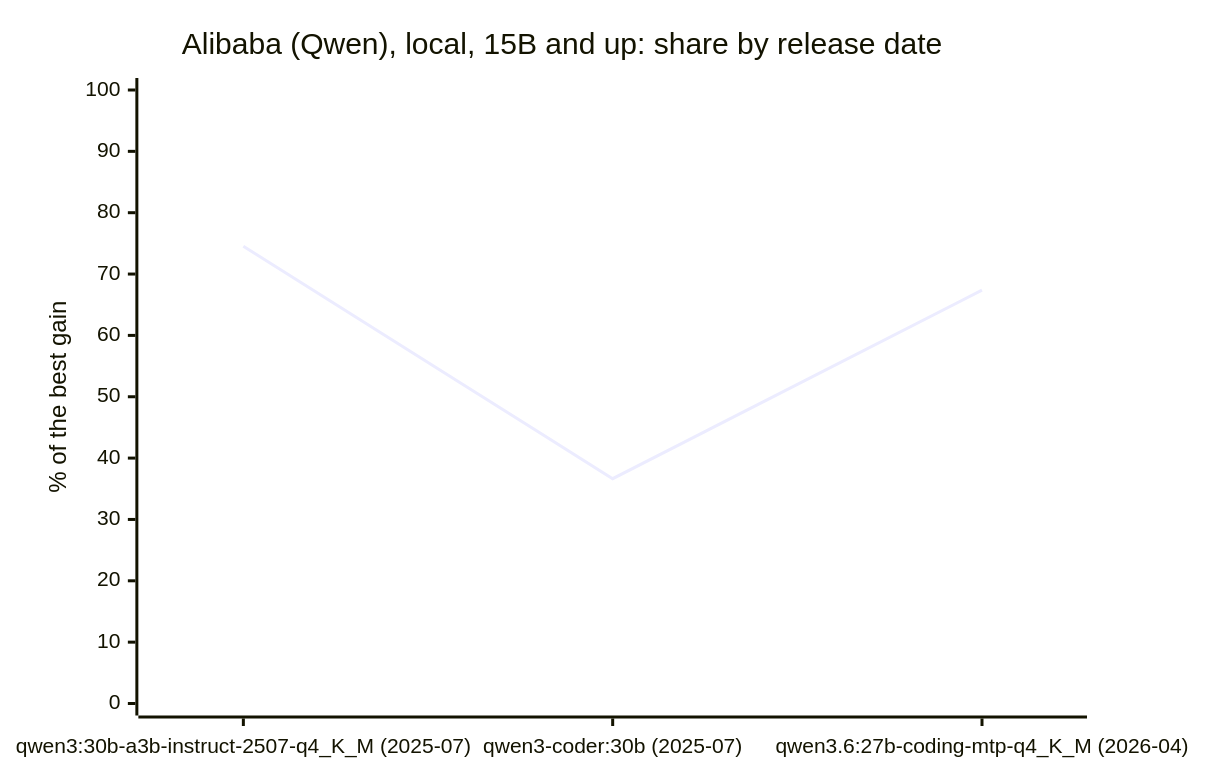
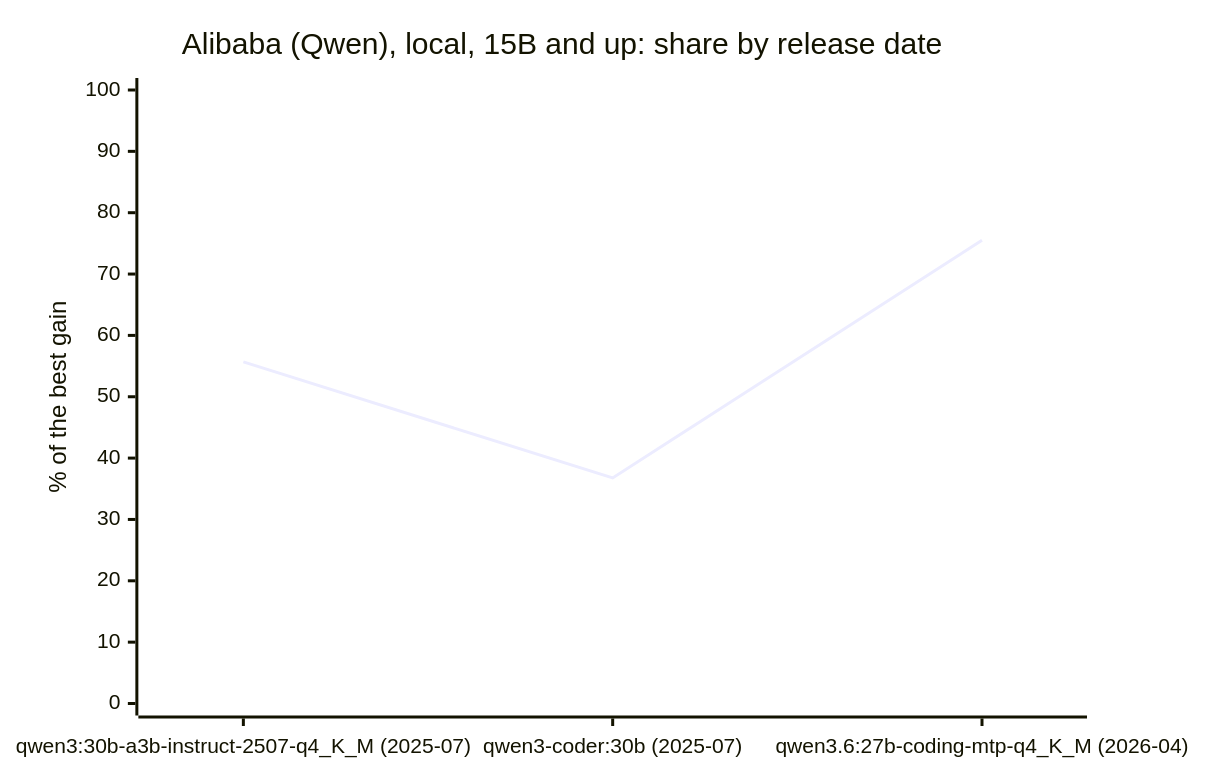
One commit to cklukas/OMEGA_TRANSFORM changed the diagram in docs/benchmarks/developers.md. Above: the diagram before and after it, drawn with Mermaid. The commit also changed other lines of this file and 291 other files, not shown here.

````diff
--- a/docs/benchmarks/developers.md
+++ b/docs/benchmarks/developers.md
@@ -94,7 +94,7 @@
 ```mermaid
 xychart-beta
     title "Alibaba (Qwen), local, 15B and up: share by release date"
     x-axis ["qwen3:30b-a3b-instruct-2507-q4_K_M (2025-07)", "qwen3-coder:30b (2025-07)", "qwen3.6:27b-coding-mtp-q4_K_M (2026-04)"]
     y-axis "% of the best gain" 0 --> 100
-    line [74.54, 36.65, 67.38]
+    line [55.69, 36.77, 75.52]
 ```
````
